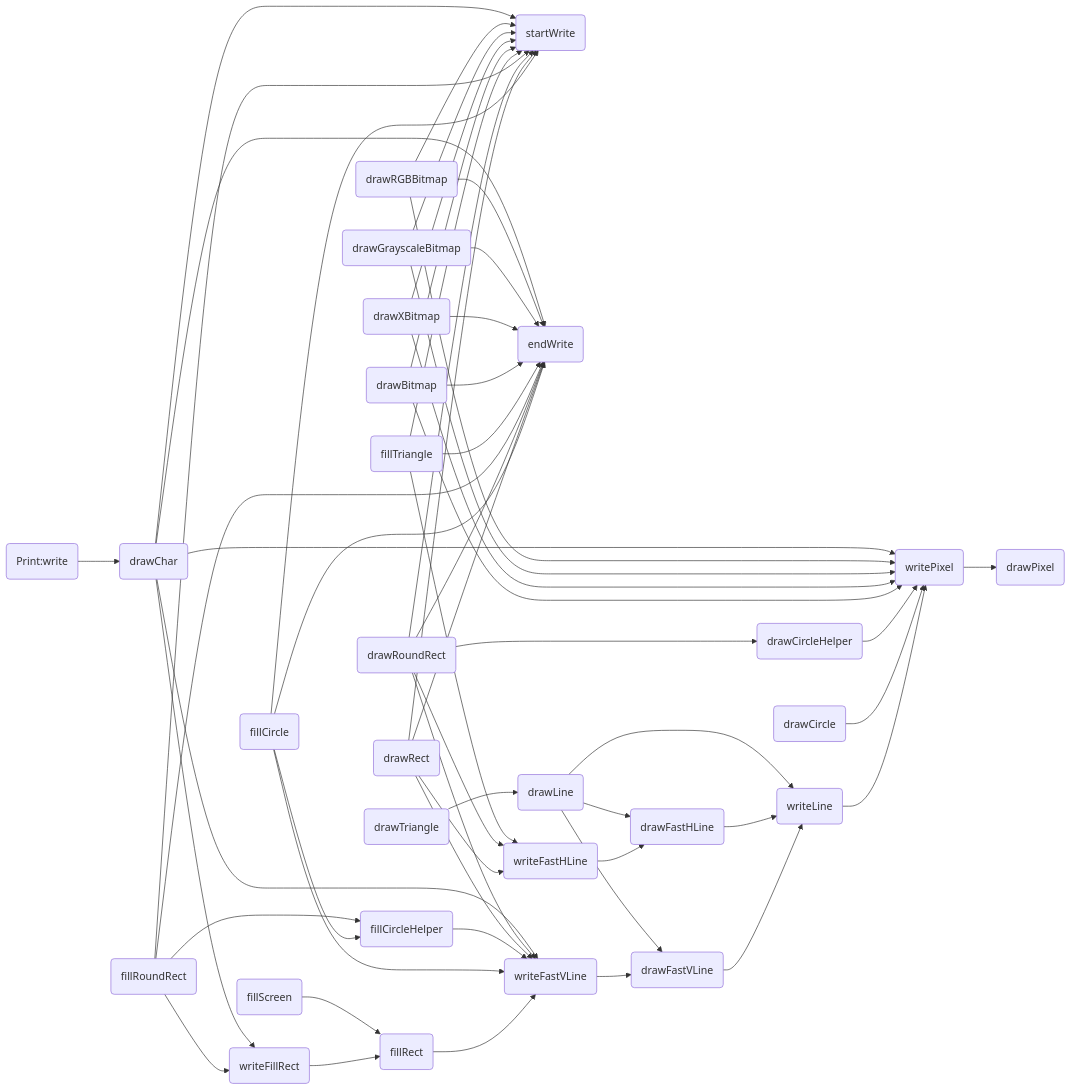
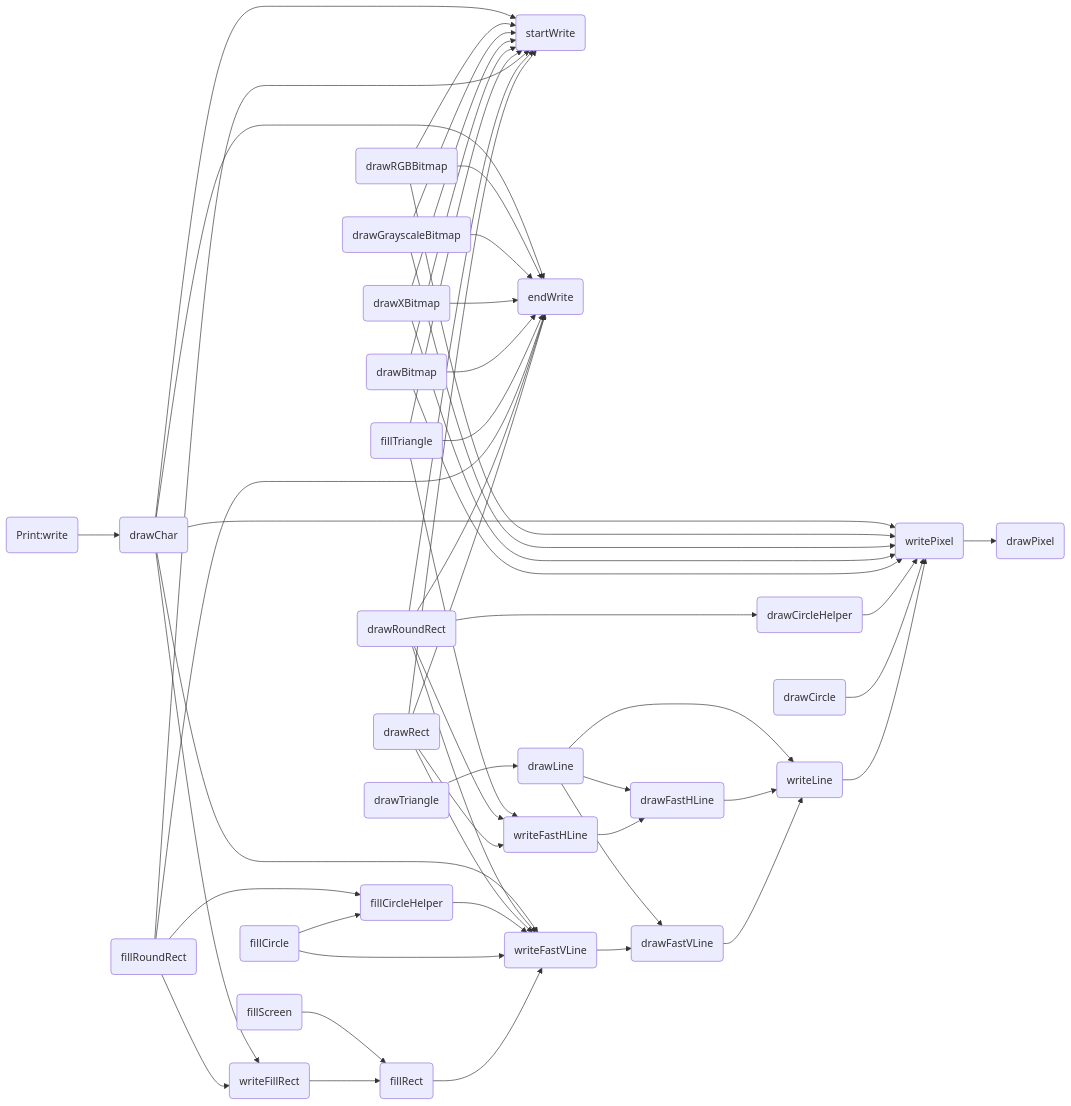
One commit to icodezhanglei/iodraw-files changed the diagram in all/未命名.md. Above: the diagram before and after it, drawn with Mermaid.

Commit message:
2024-09-13 18:46:32 update

````diff
--- a/all/未命名.md
+++ b/all/未命名.md
@@ -1,61 +1,61 @@
 ```mermaid
 flowchart LR
 
 drawPixel(drawPixel)
 startWrite(startWrite)
 endWrite(endWrite)
 writePixel(writePixel)
 writeFillRect(writeFillRect)
 writeFastVLine(writeFastVLine)
 writeFastHLine(writeFastHLine)
 writeLine(writeLine)
 drawFastVLine(drawFastVLine)
 drawFastHLine(drawFastHLine)
 fillRect(fillRect)
 fillScreen(fillScreen)
 drawLine(drawLine)
 drawRect(drawRect)
 drawCircle(drawCircle)
 drawCircleHelper(drawCircleHelper)
 fillCircle(fillCircle)
 fillCircleHelper(fillCircleHelper)
 drawTriangle(drawTriangle)
 fillTriangle(fillTriangle)
 drawRoundRect(drawRoundRect)
 fillRoundRect(fillRoundRect)
 drawBitmap(drawBitmap)
 drawXBitmap(drawXBitmap)
 drawGrayscaleBitmap(drawGrayscaleBitmap)
 drawRGBBitmap(drawRGBBitmap)
 drawChar(drawChar)
 write(Print:write)
 
 
 writeLine --> writePixel --> drawPixel
 
 writeFastVLine --> drawFastVLine
 drawFastVLine --> writeLine
 
 writeFastHLine --> drawFastHLine
 drawFastHLine --> writeLine
 
 writeFillRect --> fillRect --> writeFastVLine
 
 fillScreen --> fillRect
 drawLine --> drawFastVLine & drawFastHLine &  writeLine
 drawCircle -->  writePixel
 drawCircleHelper --> writePixel
-fillCircle --> startWrite & endWrite & writeFastVLine & fillCircleHelper
+fillCircle --> writeFastVLine & fillCircleHelper
 fillCircleHelper --> writeFastVLine
 drawRect --> startWrite & endWrite & writeFastHLine & writeFastVLine
 drawRoundRect --> startWrite & endWrite & writeFastHLine & writeFastVLine & drawCircleHelper
 fillRoundRect --> startWrite & endWrite & writeFillRect & fillCircleHelper
 drawTriangle --> drawLine
 fillTriangle --> startWrite & endWrite & writeFastHLine
 drawBitmap --> startWrite & endWrite & writePixel
 drawXBitmap --> startWrite & endWrite & writePixel
 drawGrayscaleBitmap --> startWrite & endWrite & writePixel
 drawRGBBitmap --> startWrite & endWrite & writePixel
 drawChar --> startWrite & endWrite & writePixel & writeFillRect & writeFastVLine
 write --> drawChar
 ```
````
